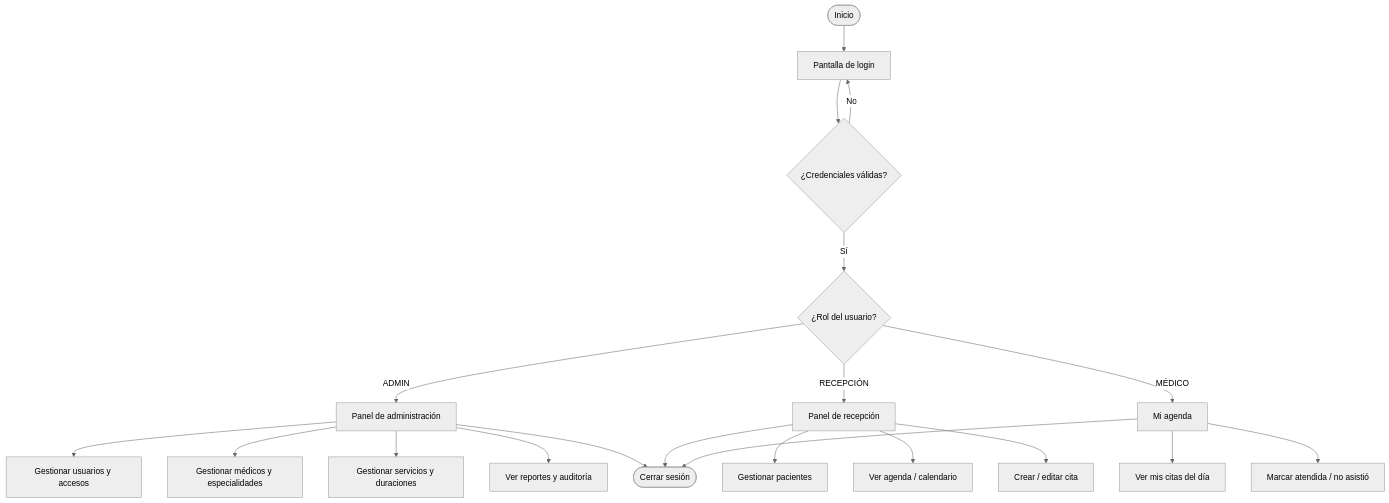
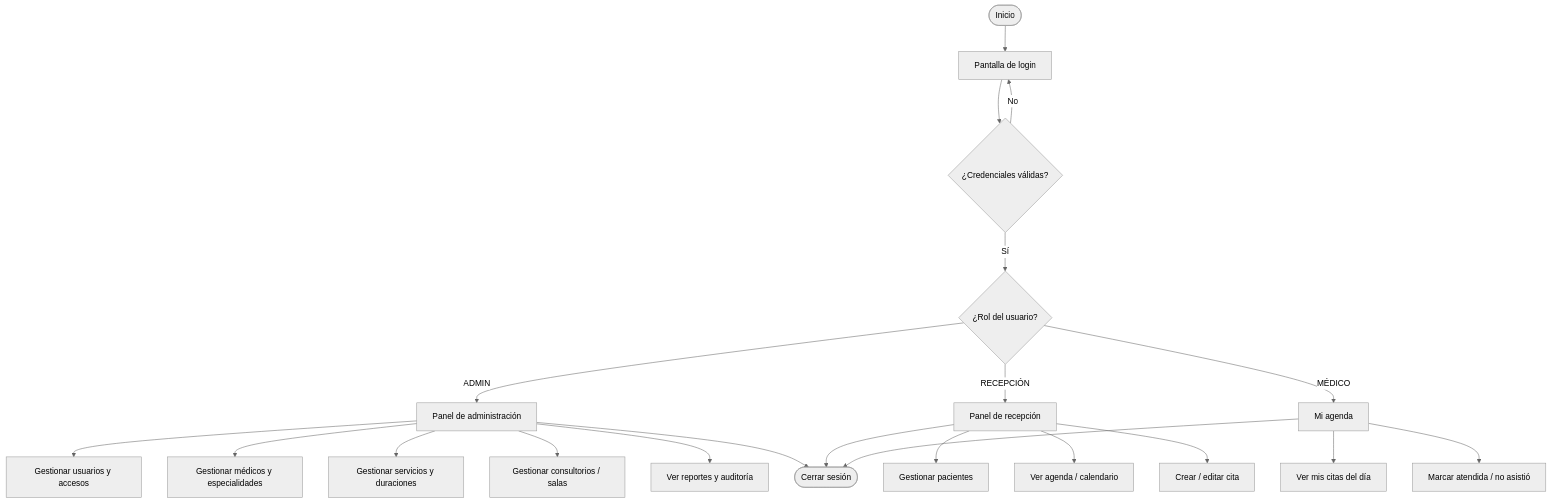
The first of 2 diagrams in docs/FLUJO-USUARIO.md (DhanaCorredor/diagnostico-backend), drawn with Mermaid (neutral theme) before and after one commit. The commit also changed other lines of this file and 6 other files, not shown here.

````diff
--- a/docs/FLUJO-USUARIO.md
+++ b/docs/FLUJO-USUARIO.md
@@ -7,30 +7,31 @@
 ```mermaid
 flowchart TD
     A([Inicio]) --> B[Pantalla de login]
     B --> C{¿Credenciales válidas?}
     C -- No --> B
     C -- Sí --> D{¿Rol del usuario?}
 
     %% ADMIN
     D -- ADMIN --> E[Panel de administración]
     E --> E1[Gestionar usuarios y accesos]
     E --> E2[Gestionar médicos y especialidades]
     E --> E3[Gestionar servicios y duraciones]
+    E --> E3b[Gestionar consultorios / salas]
     E --> E4[Ver reportes y auditoría]
 
     %% RECEPCIÓN
     D -- RECEPCIÓN --> F[Panel de recepción]
     F --> F1[Gestionar pacientes]
     F --> F2[Ver agenda / calendario]
     F --> G[Crear / editar cita]
 
     %% MÉDICO
     D -- MÉDICO --> H[Mi agenda]
     H --> H1[Ver mis citas del día]
     H --> H2[Marcar atendida / no asistió]
 
     %% Cierre
     E --> Z([Cerrar sesión])
     F --> Z
     H --> Z
 ```
````
